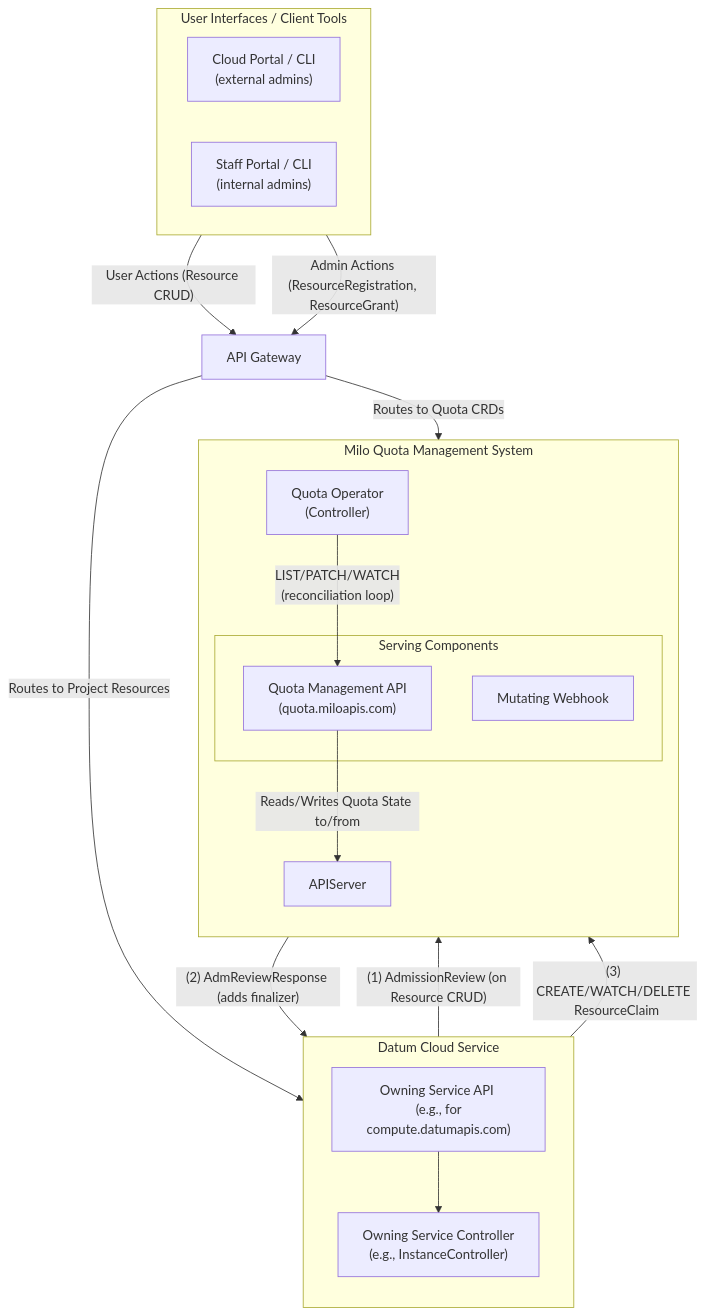
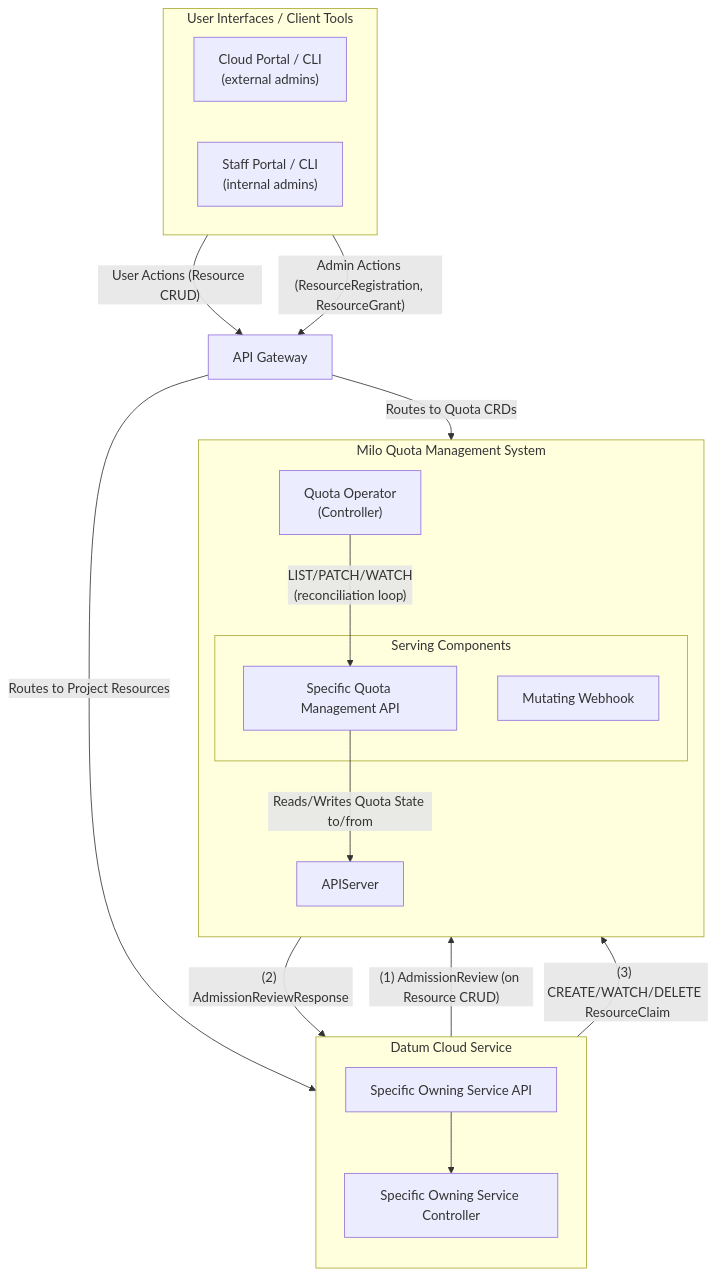
Before and after one commit to datum-cloud/enhancements: the second of 6 diagrams in enhancements/platform/quota-management/README.md, drawn with Mermaid. The commit also changed other lines of this file, not shown here.

Commit message:
chore(quota): addresses a few review comments

````diff
--- a/enhancements/platform/quota-management/README.md
+++ b/enhancements/platform/quota-management/README.md
@@ -1228,48 +1189,48 @@
 ```mermaid
 %% C2 - Container Diagram: Milo Quota Management System & Interactions
 flowchart TD
     subgraph UserInterfaces ["User Interfaces / Client Tools"]
         direction LR
         PortalCLI["Cloud Portal / CLI <br/> (external admins)"]
         DatumAdminTools["Staff Portal / CLI <br/> (internal admins)"]
     end
 
     APIGateway["API Gateway"]
 
     subgraph OwningServiceInfra ["Datum Cloud Service"]
         direction TB
-        OwningServiceAPI["Owning Service API <br/> (e.g., for compute.datumapis.com)"]
-        OwningServiceController["Owning Service Controller <br/> (e.g., InstanceController)"]
+        OwningServiceAPI["Specific Owning Service API"]
+        OwningServiceController["Specific Owning Service Controller"]
 
         OwningServiceAPI --> OwningServiceController
     end
 
     subgraph CentralQuotaInfra ["Milo Quota Management System"]
         direction TB
         subgraph QuotaSvc ["Serving Components"]
-            QuotaMgmtAPI["Quota Management API <br/> (quota.miloapis.com)"]
+            QuotaMgmtAPI["Specific Quota Management API"]
             MiloMutatingWebhook["Mutating Webhook"]
         end
         QuotaOperator["Quota Operator <br/> (Controller)"]
         APIServer["APIServer"]
 
         QuotaMgmtAPI -- "Reads/Writes Quota State to/from" --> APIServer
         QuotaOperator -- "LIST/PATCH/WATCH <br/> (reconciliation loop)" --> QuotaMgmtAPI
     end
 
 
     %% User/Admin Request Flows via API Gateway
     PortalCLI -- "User Actions (Resource CRUD)" --> APIGateway
     DatumAdminTools -- "Admin Actions (ResourceRegistration, ResourceGrant)" --> APIGateway
 
     APIGateway -- "Routes to Project Resources" --> OwningServiceAPI
     APIGateway -- "Routes to Quota CRDs" --> QuotaMgmtAPI
 
 
     %% Admission Control Flow
     OwningServiceAPI -- "(1) AdmissionReview (on Resource CRUD)" --> MiloMutatingWebhook
-    MiloMutatingWebhook -- "(2) AdmReviewResponse (adds finalizer)" --> OwningServiceAPI
+    MiloMutatingWebhook -- "(2) AdmissionReviewResponse" --> OwningServiceAPI
 
     %% Owning Service Controller creating claims with Central Quota Service
     OwningServiceController -- "(3) CREATE/WATCH/DELETE <br/> ResourceClaim" --> QuotaMgmtAPI
 ```
````
